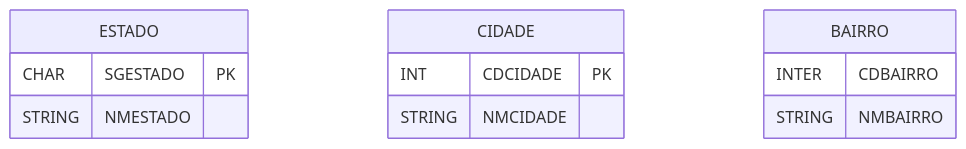
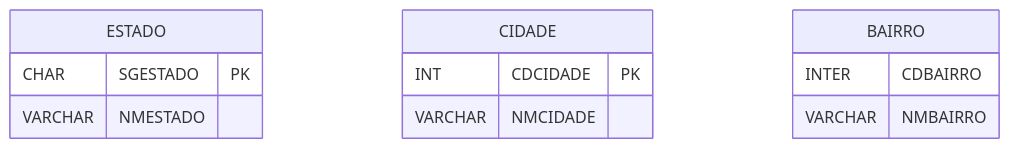
Before and after one commit to marcg-dev/SQLCursoPratico: the fifth of 13 diagrams in pages/Cap2.md, drawn with Mermaid. The commit also changed other lines of this file, not shown here.

````diff
--- a/pages/Cap2.md
+++ b/pages/Cap2.md
@@ -129,15 +133,15 @@
 ```mermaid
 erDiagram
     ESTADO {
         CHAR SGESTADO PK
-        STRING NMESTADO
+        VARCHAR NMESTADO
     }
     CIDADE {
         INT CDCIDADE PK
-        STRING NMCIDADE
+        VARCHAR NMCIDADE
     }
     BAIRRO {
         INTER CDBAIRRO
-        STRING NMBAIRRO
+        VARCHAR NMBAIRRO
     }
 ```
````
